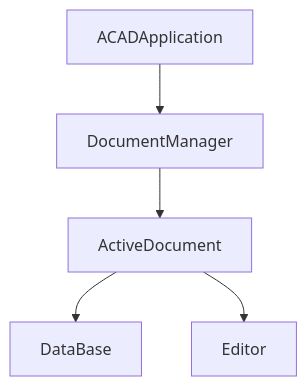
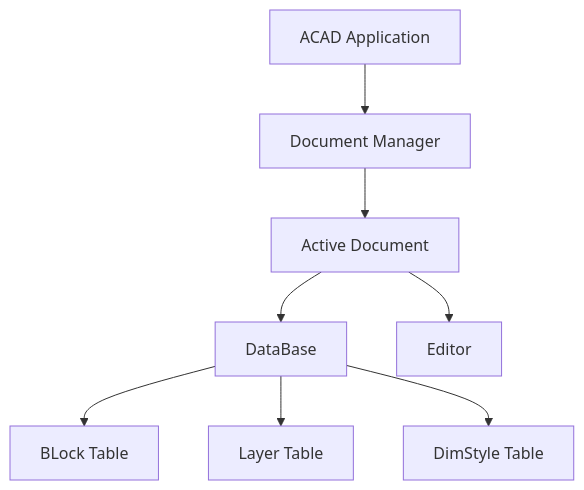
Before and after one commit to NodesAutomations/CSharp: the diagram in Autocad/Doc/AutoCAD Object Model.md, drawn with Mermaid.

Commit message:
Update AutoCAD Object Model.md

````diff
--- a/Autocad/Doc/AutoCAD Object Model.md
+++ b/Autocad/Doc/AutoCAD Object Model.md
@@ -2,7 +2,10 @@
 ```mermaid
 graph TD
-A[ACADApplication]-->B[DocumentManager]
-B-->C[ActiveDocument]
+A[ACAD Application]-->B[Document Manager]
+B-->C[Active Document]
 C-->D[DataBase]
 C-->E[Editor]
+D-->F[BLock Table]
+D-->G[Layer Table]
+D-->H[DimStyle Table]
 ```
````
